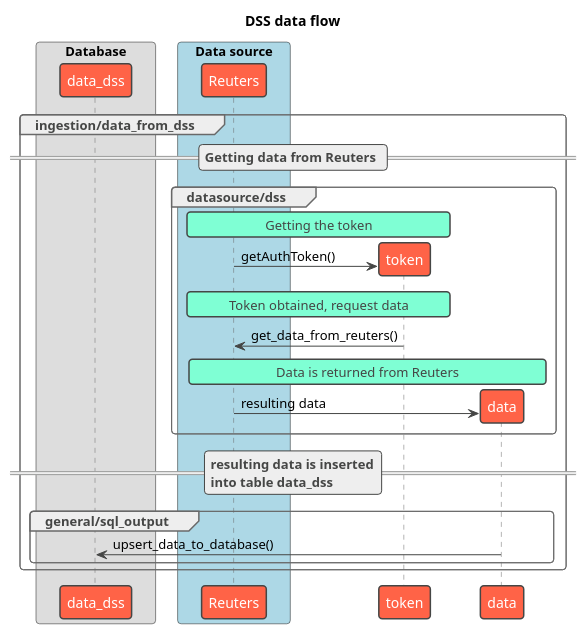
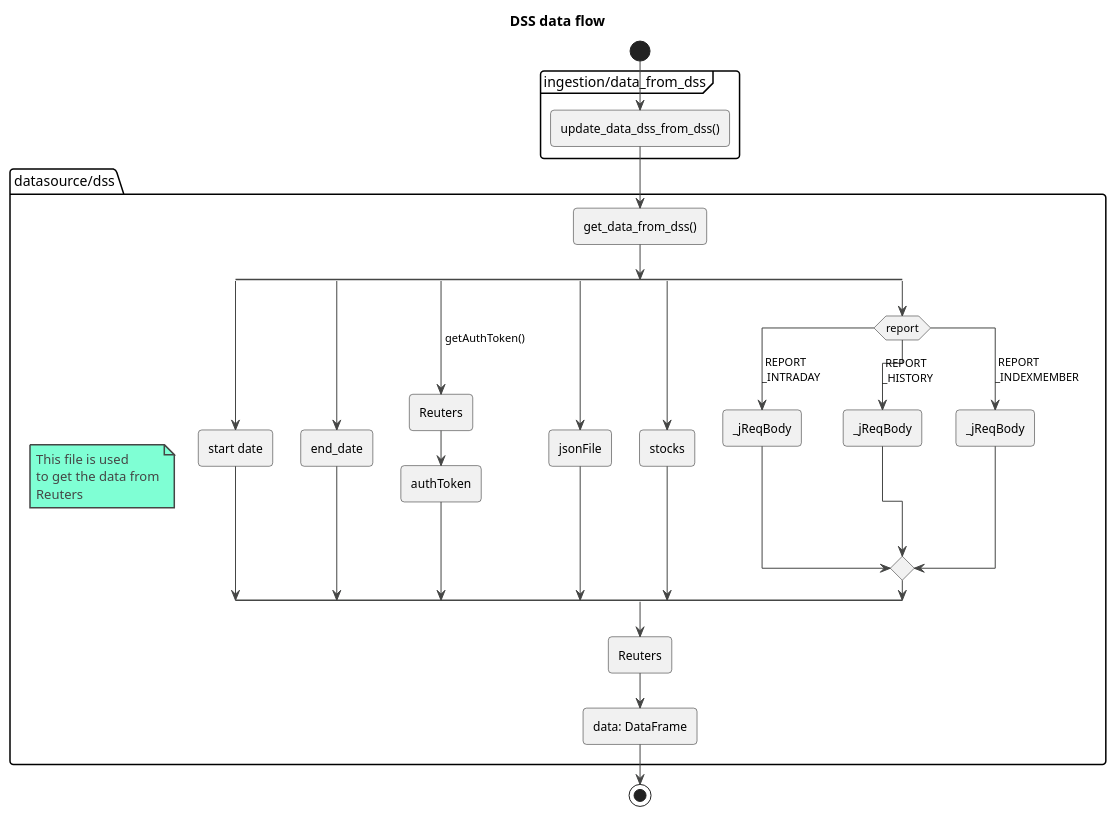
One commit to asklora/DROID_V2.1 changed the diagram in docs/dss_flow.wsd. Above: the diagram before and after it, drawn with PlantUML. The commit also changed 7 other files, not shown here.

Commit message:
update diagrams

```diff
--- a/docs/dss_flow.wsd
+++ b/docs/dss_flow.wsd
@@ -1,52 +1,50 @@
 @startuml dss
 
 title "DSS data flow"
 
 !theme vibrant
 
-skinparam shadowing false
-skinparam defaultFontName Ubuntu
+skinparam Shadowing false
+skinparam DefaultFontName Ubuntu
 skinparam ParticipantPadding 20
 skinparam BoxPadding 10
+skinparam ConditionEndStyle diamond
 
-box "Database"
-participant data_dss
-end box
-box "Data source" #LightBlue
-participant Reuters
-end box
+start
+partition "ingestion/data_from_dss" {
+    :update_data_dss_from_dss();
+}
+package "datasource/dss" {
+    floating note: This file is used\nto get the data from\nReuters
+    :get_data_from_dss();
 
-group ingestion/data_from_dss
-    == Getting data from Reuters ==
+    split
+        :start date;
+    split again
+        :end_date;
+    split again
+        ->getAuthToken();
+        :Reuters;
+        :authToken;
+    split again
+        :jsonFile;
+    split again
+        :stocks;
+    split again
+        switch (report)
+        case ( REPORT\n_INTRADAY )
+        :_jReqBody;
+        case ( REPORT\n_HISTORY )
+        :_jReqBody;
+        case ( REPORT\n_INDEXMEMBER )
+        :_jReqBody;
+        endswitch
+    endsplit
 
-    group datasource/dss
-        rnote over Reuters, token
-        Getting the token
-        end note
+    :Reuters;
+    :data: DataFrame;
+}
 
-        create token
-        Reuters -> token : getAuthToken()
-
-        rnote over Reuters, token
-        Token obtained, request data
-        end note
-
-        token -> Reuters : get_data_from_reuters()
-
-        create data
-        rnote over Reuters, data
-        Data is returned from Reuters
-        end note
-
-        Reuters -> data : resulting data
-    end
-
-    == resulting data is inserted\ninto table data_dss ==
-
-    group general/sql_output
-        data -> data_dss : upsert_data_to_database()
-    end
-
-end
+stop
 
 @enduml
```
